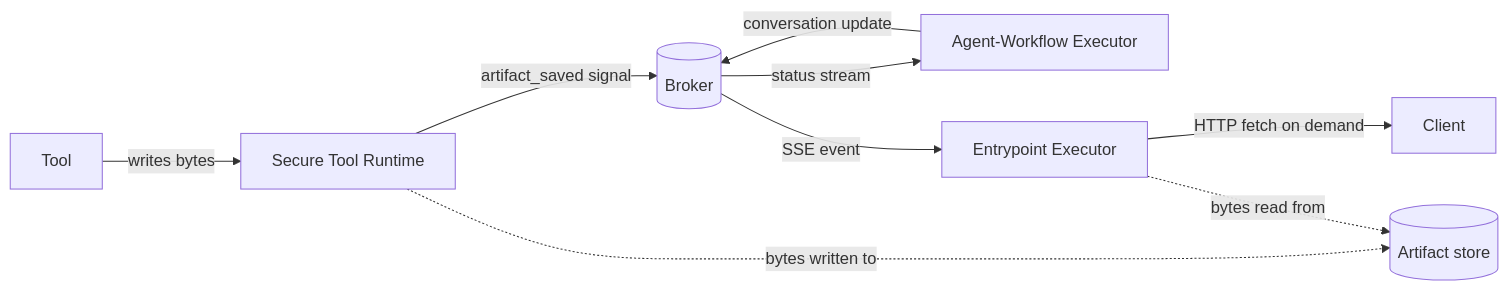
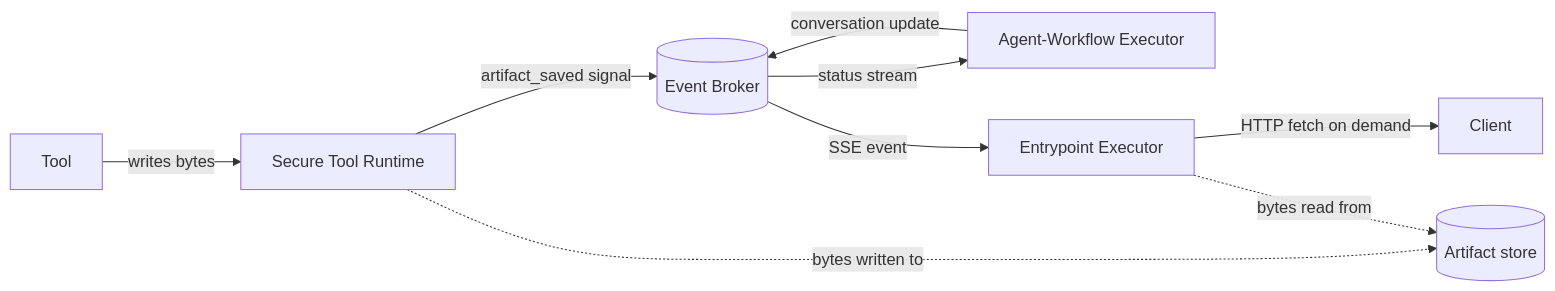
The diagram in .claude/skills/sam-docs/references/documentation/concepts/artifacts.md (SolaceDev/solace-developer-workshops), drawn with Mermaid before and after one commit. The commit also changed other lines of this file and 225 other files, not shown here.

````diff
--- a/.claude/skills/sam-docs/references/documentation/concepts/artifacts.md
+++ b/.claude/skills/sam-docs/references/documentation/concepts/artifacts.md
@@ -86,11 +87,11 @@
 ```mermaid
 flowchart LR
   tool[Tool] -->|writes bytes| str[Secure Tool Runtime]
-  str -->|artifact_saved signal| broker[(Broker)]
+  str -->|artifact_saved signal| broker[(Event Broker)]
   broker -->|status stream| awe[Agent-Workflow Executor]
   awe -->|conversation update| broker
   broker -->|SSE event| epe[Entrypoint Executor]
   epe -->|HTTP fetch on demand| client[Client]
   str -.->|bytes written to| store[(Artifact store)]
   epe -.->|bytes read from| store
 ```
````
